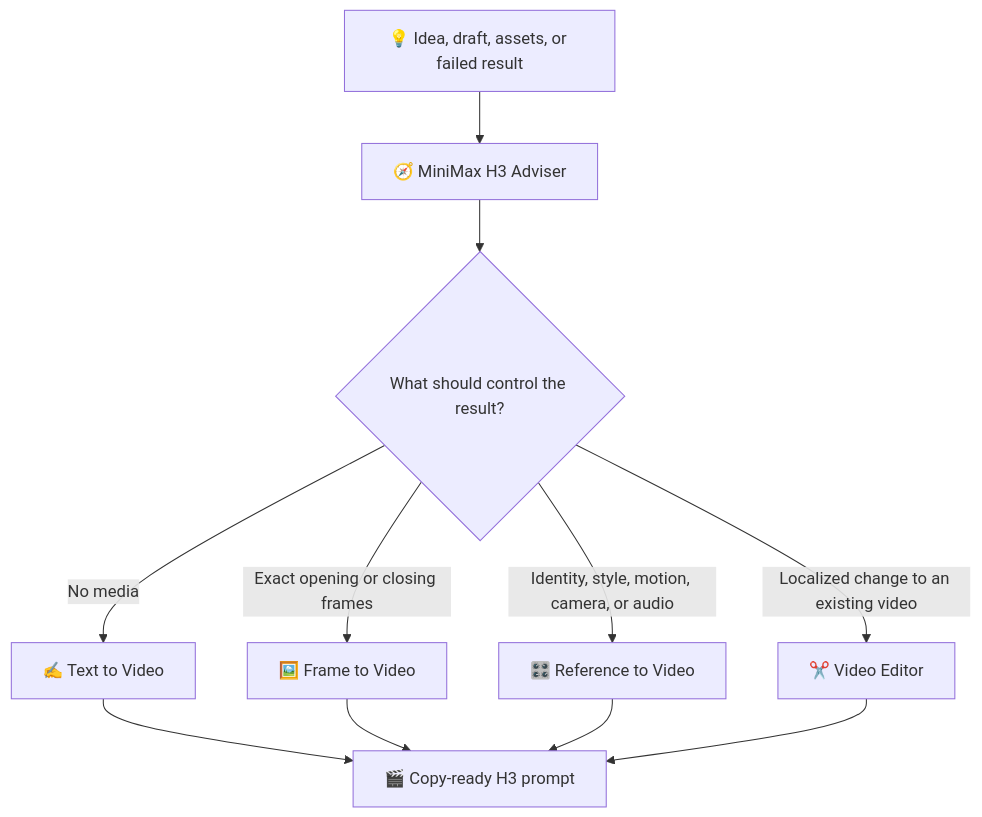
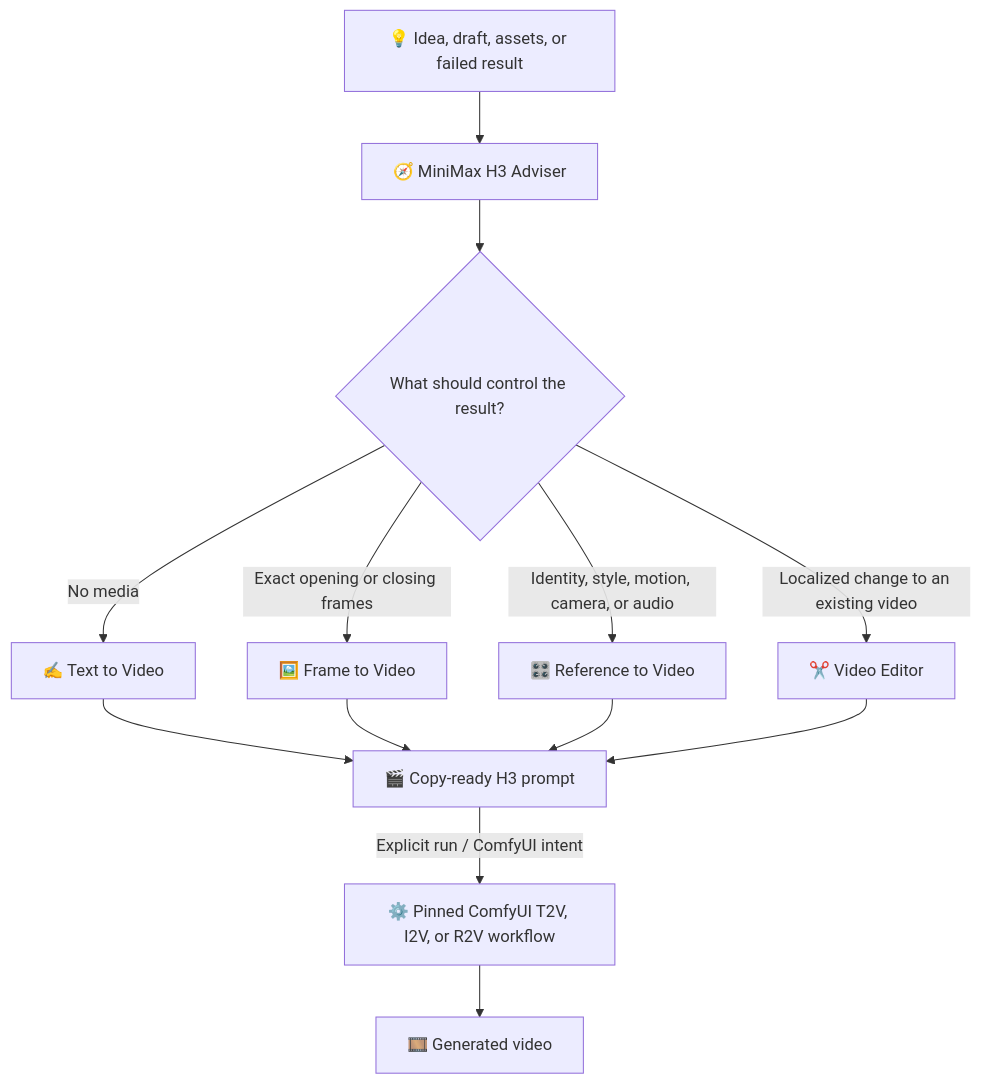
Before and after one commit to chiphoton/MiniMax-H3-Codex-Drama: the diagram in README.md, drawn with Mermaid. The commit also changed other lines of this file and 23 other files, not shown here.

````diff
--- a/README.md
+++ b/README.md
@@ -57,13 +72,15 @@
 ```mermaid
 flowchart TD
     U["💡 Idea, draft, assets, or failed result"] --> A["🧭 MiniMax H3 Adviser"]
     A --> D{"What should control the result?"}
     D -->|"No media"| T["✍️ Text to Video"]
     D -->|"Exact opening or closing frames"| F["🖼️ Frame to Video"]
     D -->|"Identity, style, motion, camera, or audio"| R["🎛️ Reference to Video"]
     D -->|"Localized change to an existing video"| E["✂️ Video Editor"]
     T --> O["🎬 Copy-ready H3 prompt"]
     F --> O
     R --> O
     E --> O
+    O -->|"Explicit run / ComfyUI intent"| C["⚙️ Pinned ComfyUI T2V, I2V, or R2V workflow"]
+    C --> V["🎞️ Generated video"]
 ```
````
